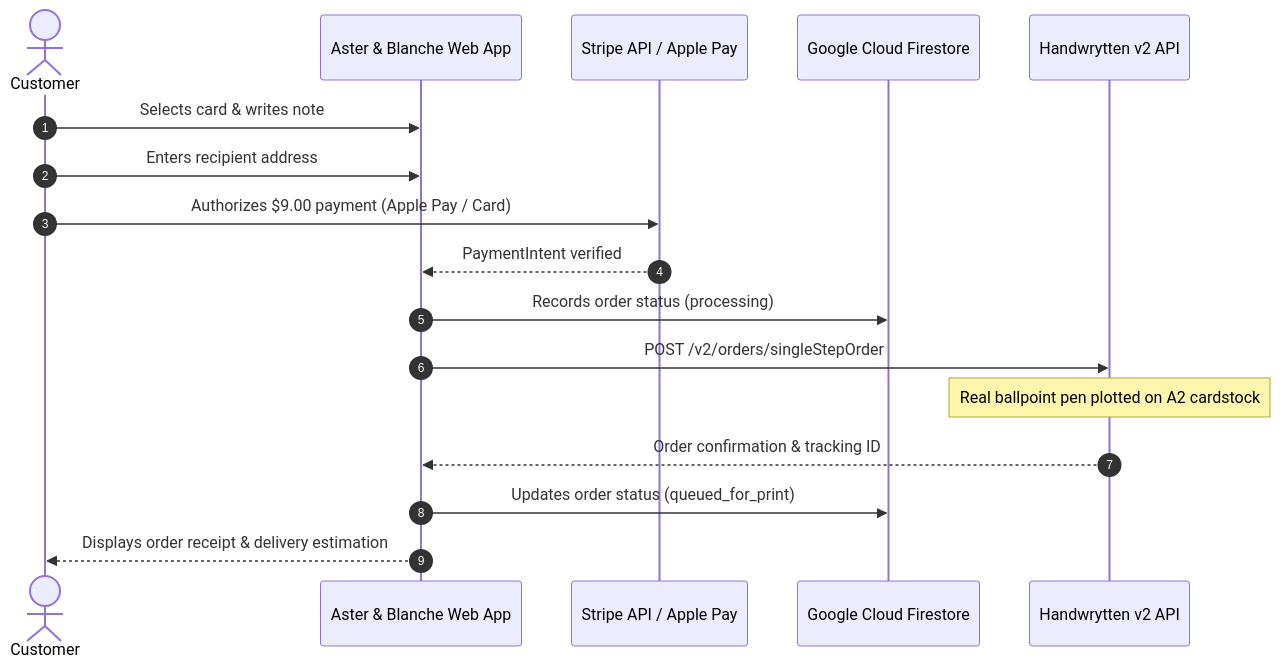
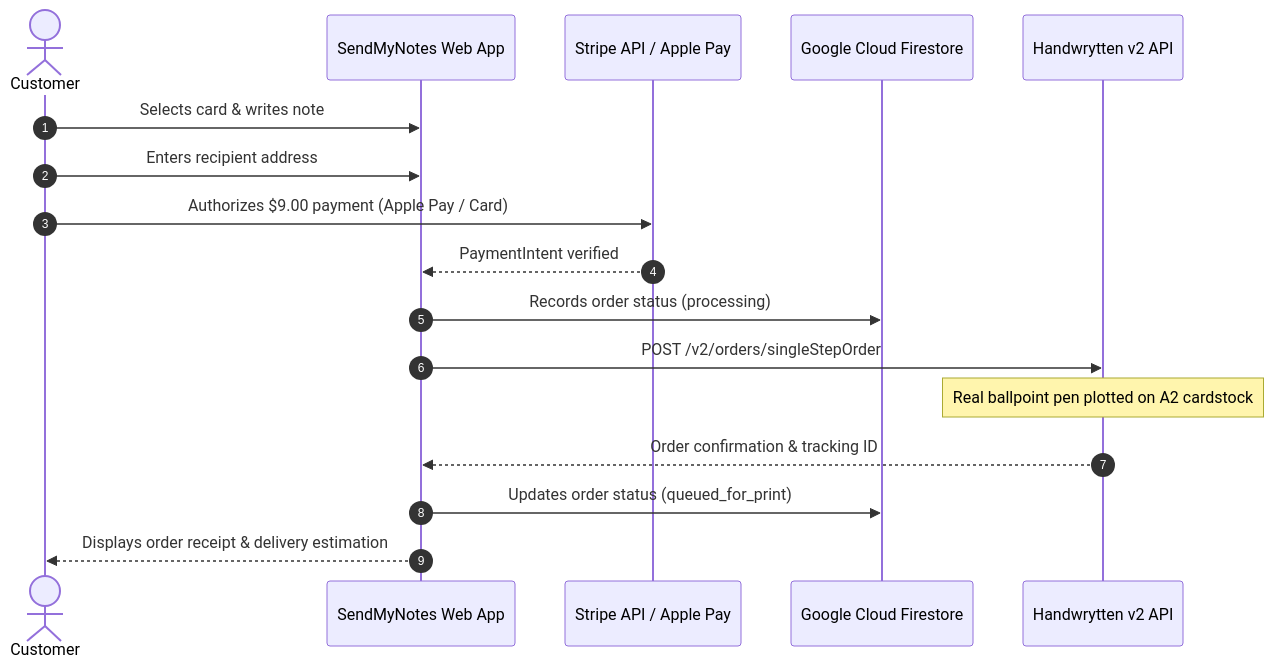
Before and after one commit to zbrustkern/docketstamp: the diagram in README.md, drawn with Mermaid. The commit also changed other lines of this file and 16 other files, not shown here.

````diff
--- a/README.md
+++ b/README.md
@@ -144,20 +180,20 @@
 ```mermaid
 sequenceDiagram
     autonumber
     actor Customer
-    participant Web as Aster & Blanche Web App
+    participant Web as SendMyNotes Web App
     participant Stripe as Stripe API / Apple Pay
     participant DB as Google Cloud Firestore
     participant HW as Handwrytten v2 API
 
     Customer->>Web: Selects card & writes note
     Customer->>Web: Enters recipient address
     Customer->>Stripe: Authorizes $9.00 payment (Apple Pay / Card)
     Stripe-->>Web: PaymentIntent verified
     Web->>DB: Records order status (processing)
     Web->>HW: POST /v2/orders/singleStepOrder
     Note over HW: Real ballpoint pen plotted on A2 cardstock
     HW-->>Web: Order confirmation & tracking ID
     Web->>DB: Updates order status (queued_for_print)
     Web-->>Customer: Displays order receipt & delivery estimation
 ```
````
